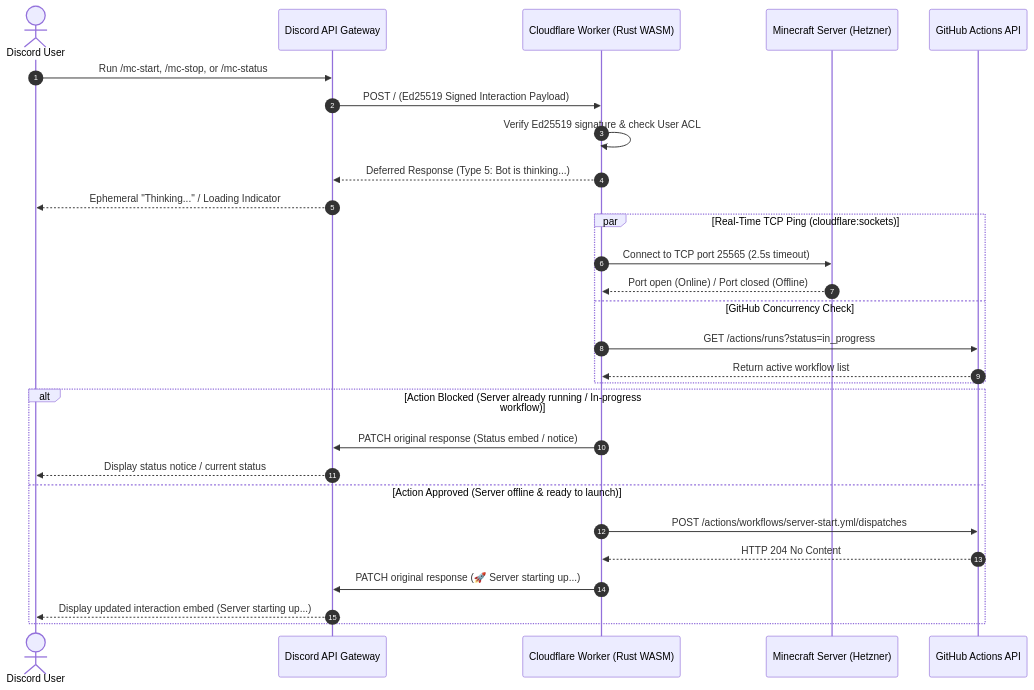
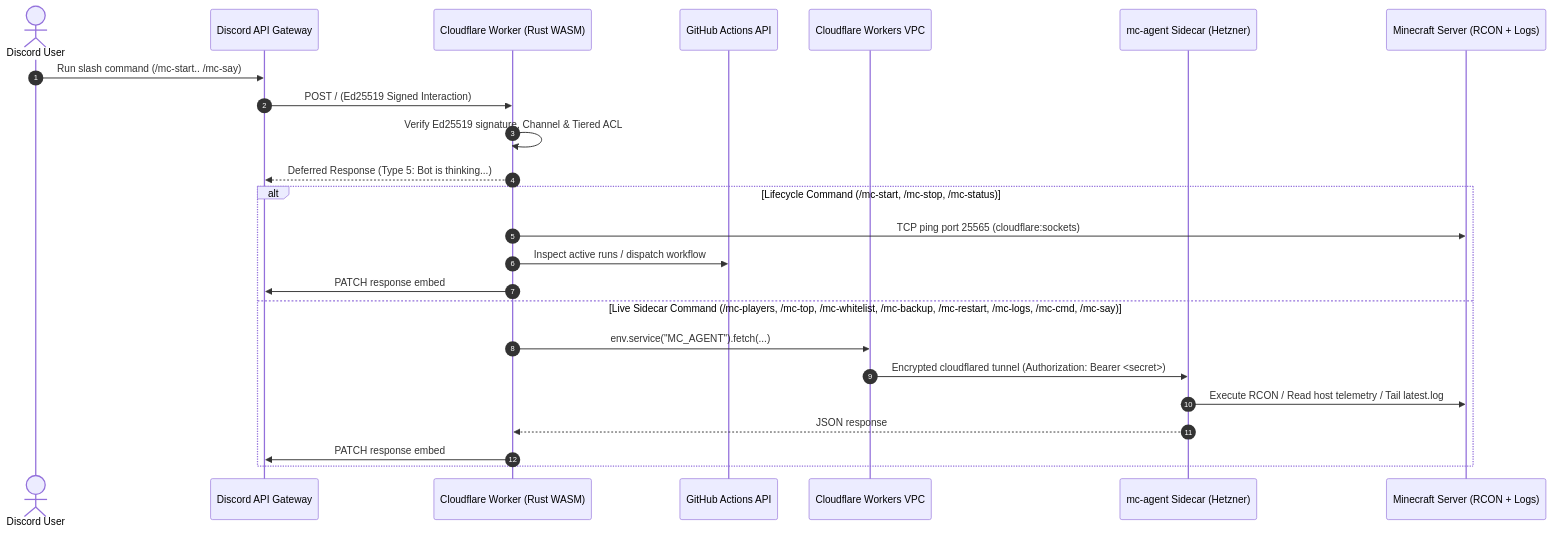
The diagram in integrations/discord-bot/README.md (bumuellp/mine-your-own-bum), drawn with Mermaid before and after one commit. The commit also changed other lines of this file and 11 other files, not shown here.

````diff
--- a/integrations/discord-bot/README.md
+++ b/integrations/discord-bot/README.md
@@ -9,31 +13,28 @@
 ```mermaid
 sequenceDiagram
     autonumber
     actor User as Discord User
     participant Discord as Discord API Gateway
     participant Worker as Cloudflare Worker (Rust WASM)
-    participant Server as Minecraft Server (Hetzner)
     participant GitHub as GitHub Actions API
+    participant VPC as Cloudflare Workers VPC
+    participant Agent as mc-agent Sidecar (Hetzner)
+    participant MC as Minecraft Server (RCON + Logs)
 
-    User->>Discord: Run /mc-start, /mc-stop, or /mc-status
-    Discord->>Worker: POST / (Ed25519 Signed Interaction Payload)
-    Worker->>Worker: Verify Ed25519 signature & check User ACL
+    User->>Discord: Run slash command (/mc-start.. /mc-say)
+    Discord->>Worker: POST / (Ed25519 Signed Interaction)
+    Worker->>Worker: Verify Ed25519 signature, Channel & Tiered ACL
     Worker-->>Discord: Deferred Response (Type 5: Bot is thinking...)
-    Discord-->>User: Ephemeral "Thinking..." / Loading Indicator
-    par Real-Time TCP Ping (cloudflare:sockets)
-        Worker->>Server: Connect to TCP port 25565 (2.5s timeout)
-        Server-->>Worker: Port open (Online) / Port closed (Offline)
-    and GitHub Concurrency Check
-        Worker->>GitHub: GET /actions/runs?status=in_progress
-        GitHub-->>Worker: Return active workflow list
-    end
-    alt Action Blocked (Server already running / In-progress workflow)
-        Worker->>Discord: PATCH original response (Status embed / notice)
-        Discord-->>User: Display status notice / current status
-    else Action Approved (Server offline & ready to launch)
-        Worker->>GitHub: POST /actions/workflows/server-start.yml/dispatches
-        GitHub-->>Worker: HTTP 204 No Content
-        Worker->>Discord: PATCH original response (🚀 Server starting up...)
-        Discord-->>User: Display updated interaction embed (Server starting up...)
+
+    alt Lifecycle Command (/mc-start, /mc-stop, /mc-status)
+        Worker->>MC: TCP ping port 25565 (cloudflare:sockets)
+        Worker->>GitHub: Inspect active runs / dispatch workflow
+        Worker->>Discord: PATCH response embed
+    else Live Sidecar Command (/mc-players, /mc-top, /mc-whitelist, /mc-backup, /mc-restart, /mc-logs, /mc-cmd, /mc-say)
+        Worker->>VPC: env.service("MC_AGENT").fetch(...)
+        VPC->>Agent: Encrypted cloudflared tunnel (Authorization: Bearer <secret>)
+        Agent->>MC: Execute RCON / Read host telemetry / Tail latest.log
+        Agent-->>Worker: JSON response
+        Worker->>Discord: PATCH response embed
     end
 ```
````
